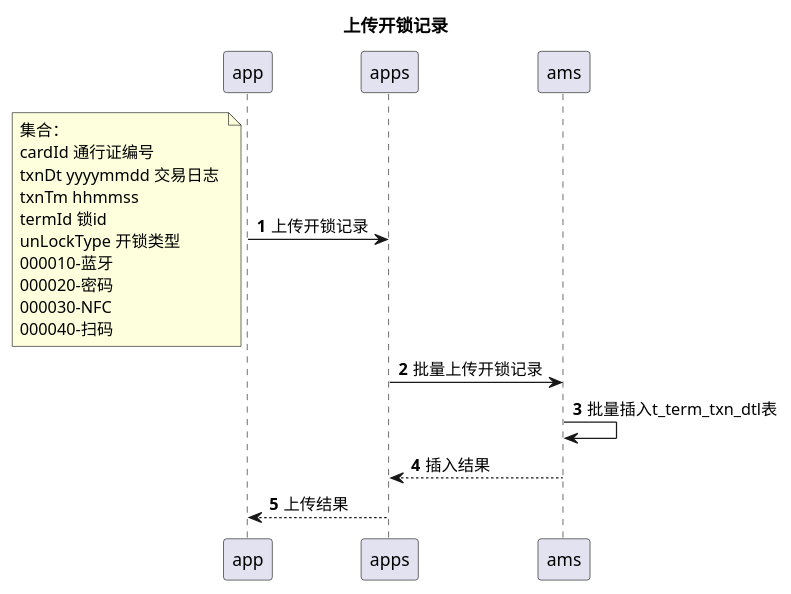
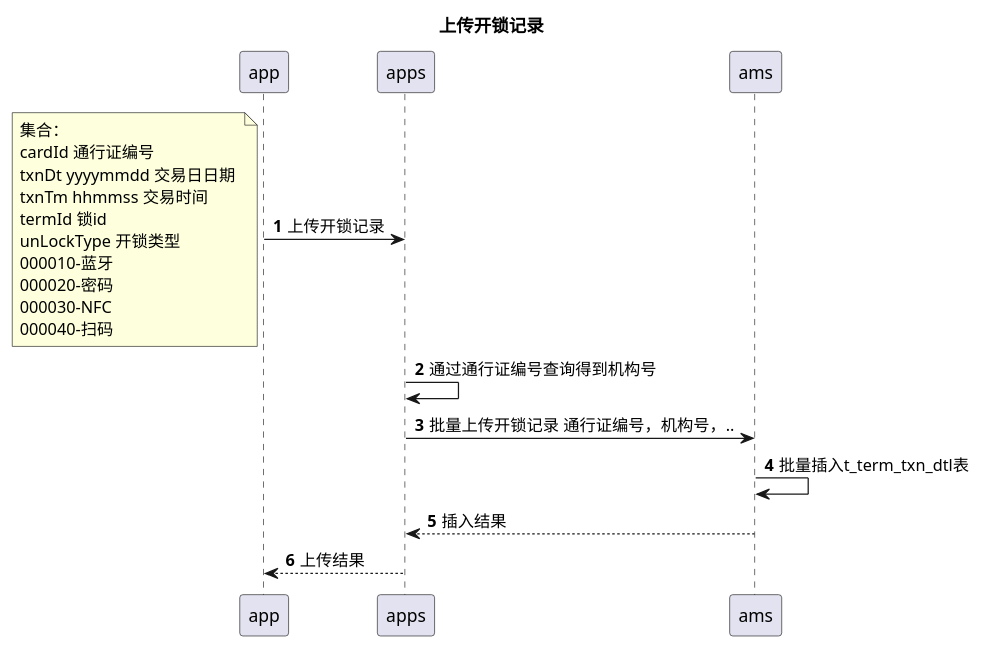
Before and after one commit to 13589080127/zc-test: the diagram in doc/简兑智能锁/上传开锁记录.puml, drawn with PlantUML.

Commit message:
智能门锁

```diff
--- a/doc/简兑智能锁/上传开锁记录.puml
+++ b/doc/简兑智能锁/上传开锁记录.puml
@@ -1,11 +1,12 @@
 @startuml
 title:上传开锁记录
 autonumber
 app->apps:上传开锁记录
-note left:集合：\ncardId 通行证编号 \ntxnDt yyyymmdd 交易日志 \ntxnTm hhmmss\ntermId 锁id \nunLockType 开锁类型\n000010-蓝牙\n000020-密码\n000030-NFC\n000040-扫码
-apps->ams:批量上传开锁记录
+note left:集合：\ncardId 通行证编号 \ntxnDt yyyymmdd 交易日日期 \ntxnTm hhmmss 交易时间\ntermId 锁id \nunLockType 开锁类型\n000010-蓝牙\n000020-密码\n000030-NFC\n000040-扫码
+apps->apps:通过通行证编号查询得到机构号
+apps->ams:批量上传开锁记录 通行证编号，机构号，..
 ams->ams:批量插入t_term_txn_dtl表
 ams-->apps:插入结果
 apps-->app:上传结果
 
 @enduml
```
